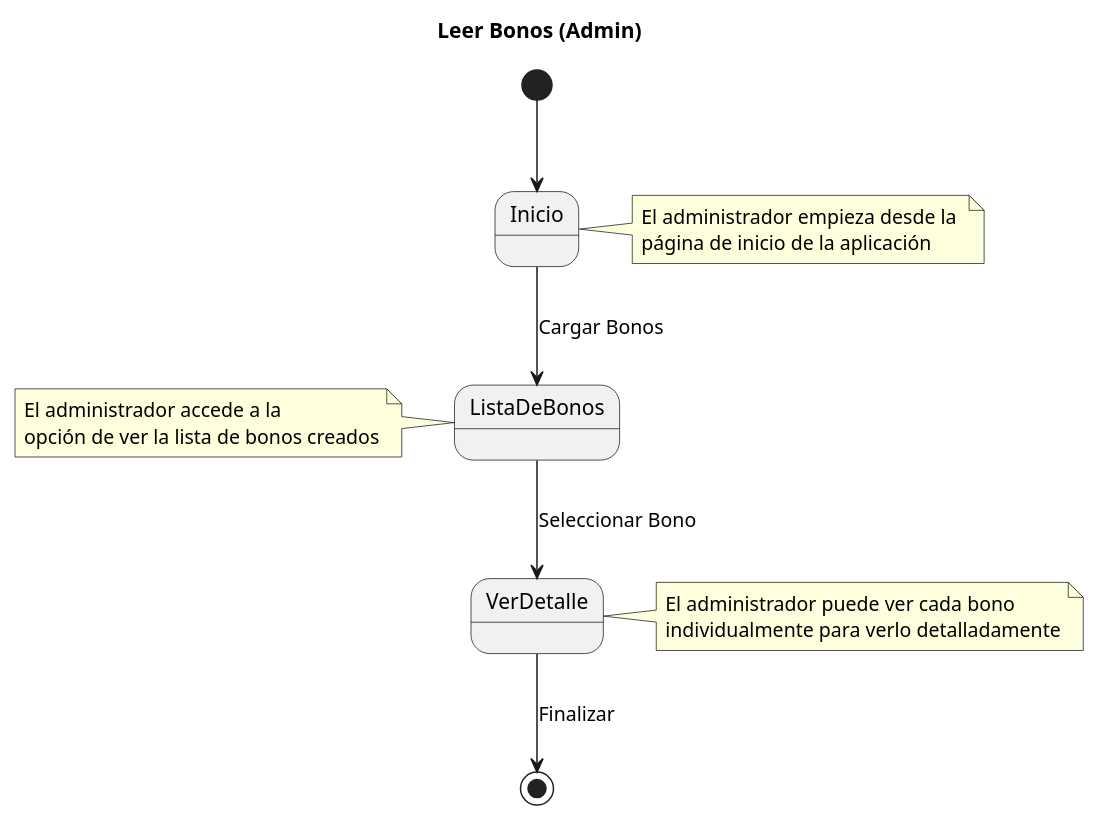
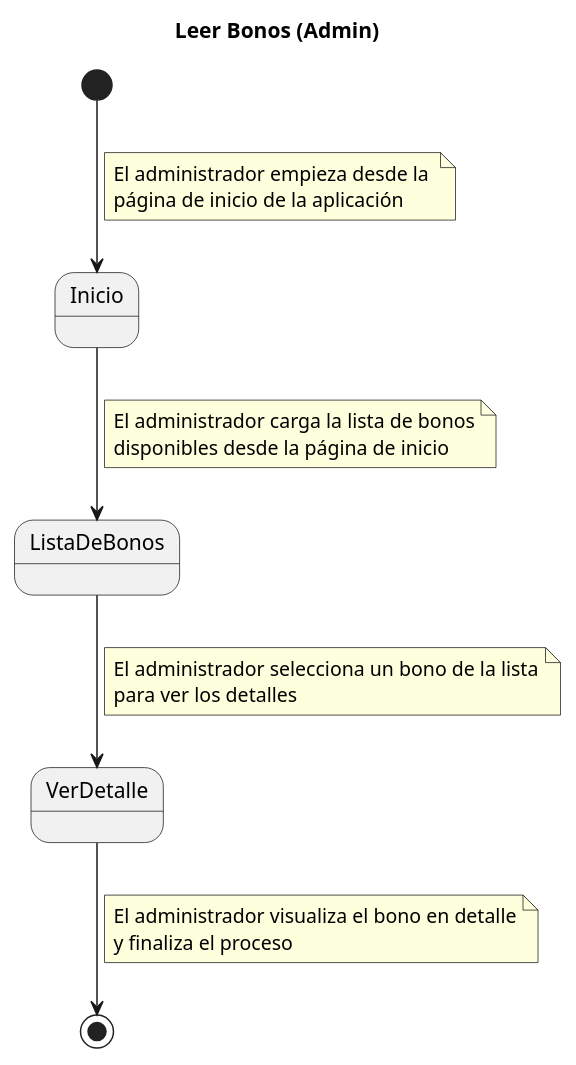
One commit to pablarce/23-24-IdSw1-SDR changed the diagram in CasosDeUso/CduDetallados/CduBonos/LeerBonos.puml. Above: the diagram before and after it, drawn with PlantUML. The commit also changed 11 other files, not shown here.

```diff
--- a/CasosDeUso/CduDetallados/CduBonos/LeerBonos.puml
+++ b/CasosDeUso/CduDetallados/CduBonos/LeerBonos.puml
@@ -1,24 +1,28 @@
 @startuml
 title Leer Bonos (Admin)
 
 [*] --> Inicio
-Inicio --> ListaDeBonos : Cargar Bonos
-note right of Inicio
+note right on link
 El administrador empieza desde la 
 página de inicio de la aplicación
 end note
 
-ListaDeBonos --> VerDetalle : Seleccionar Bono
-note left of ListaDeBonos 
-El administrador accede a la 
-opción de ver la lista de bonos creados
+Inicio --> ListaDeBonos
+note right on link
+El administrador carga la lista de bonos
+disponibles desde la página de inicio
 end note
 
+ListaDeBonos --> VerDetalle
+note right on link
+El administrador selecciona un bono de la lista
+para ver los detalles
+end note
 
-VerDetalle --> [*] : Finalizar
-note right of VerDetalle 
-El administrador puede ver cada bono
-individualmente para verlo detalladamente
+VerDetalle --> [*]
+note right on link
+El administrador visualiza el bono en detalle
+y finaliza el proceso
 end note
 
 @enduml
```
